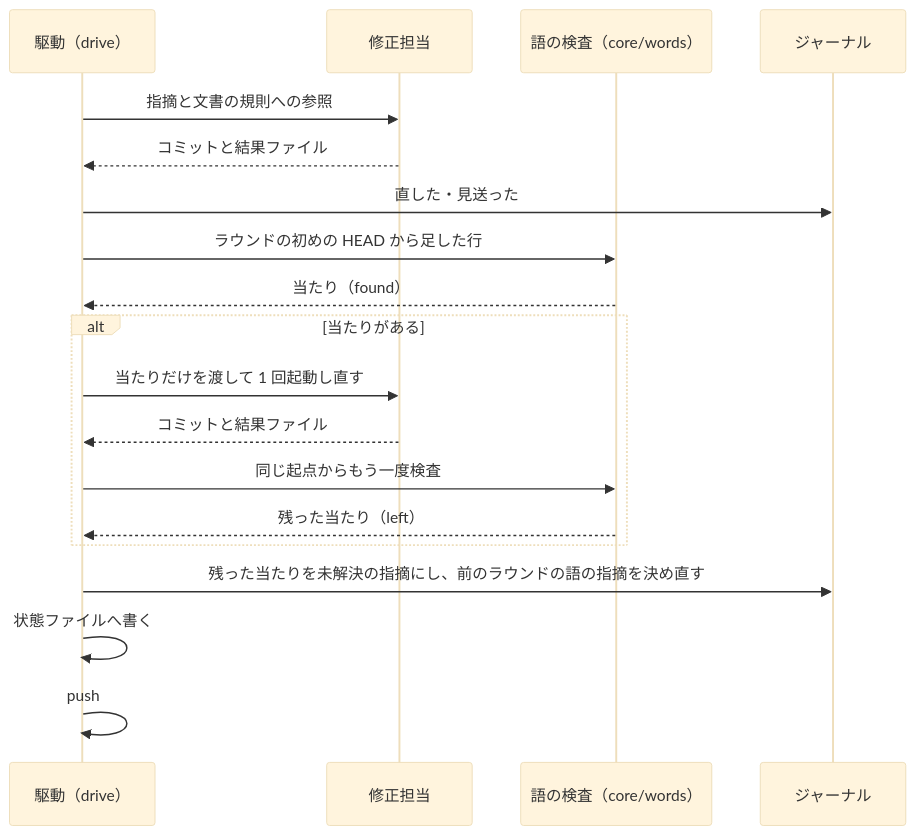
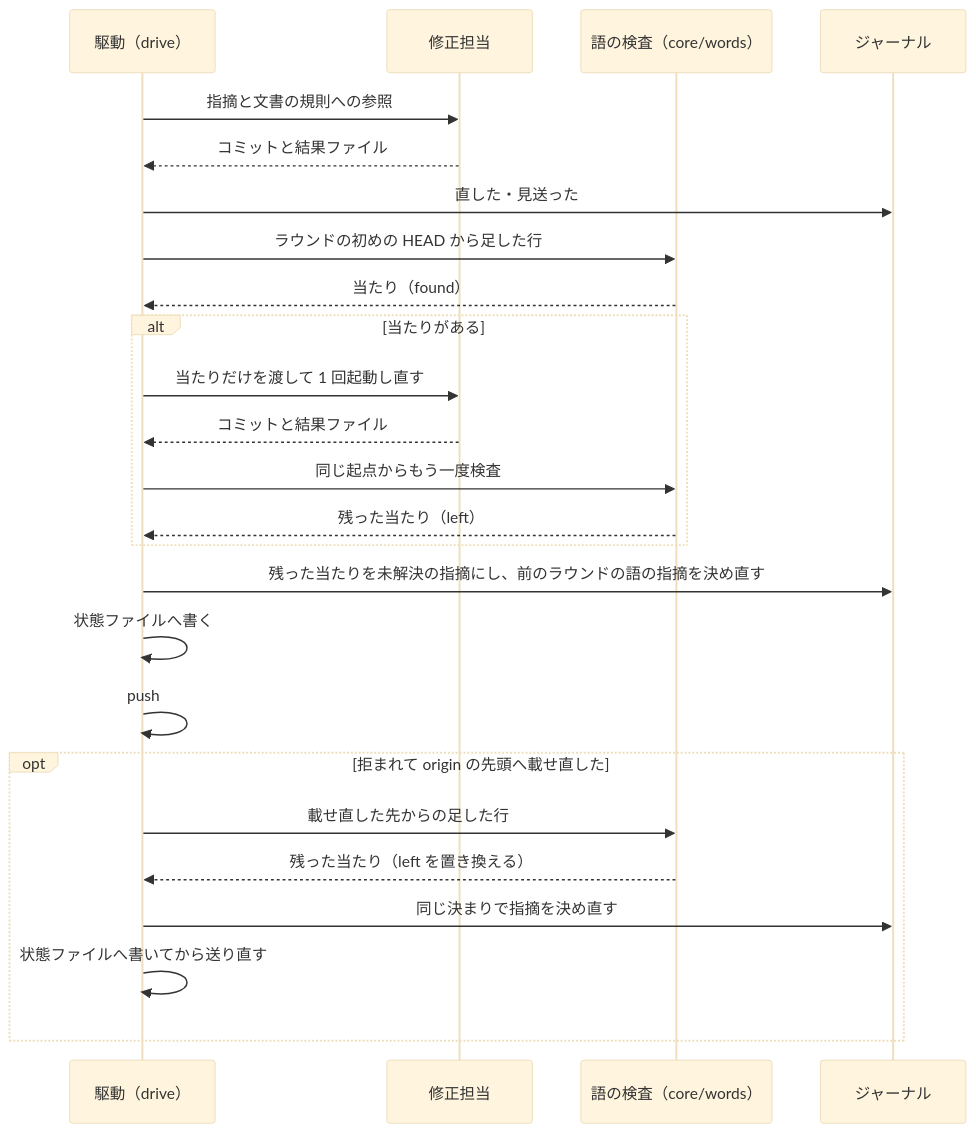
One commit to devbasex/ai-plugins changed the third of 4 diagrams in issues/issue-4285-design.md. Above: the diagram before and after it, drawn with Mermaid (base theme). The commit also changed other lines of this file and 1 other file, not shown here.

````diff
--- a/issues/issue-4285-design.md
+++ b/issues/issue-4285-design.md
@@ -180,21 +185,27 @@
 ```mermaid
 sequenceDiagram
   participant D as 駆動（drive）
   participant F as 修正担当
   participant W as 語の検査（core/words）
   participant J as ジャーナル
   D->>F: 指摘と文書の規則への参照
   F-->>D: コミットと結果ファイル
   D->>J: 直した・見送った
   D->>W: ラウンドの初めの HEAD から足した行
   W-->>D: 当たり（found）
   alt 当たりがある
     D->>F: 当たりだけを渡して 1 回起動し直す
     F-->>D: コミットと結果ファイル
     D->>W: 同じ起点からもう一度検査
     W-->>D: 残った当たり（left）
   end
   D->>J: 残った当たりを未解決の指摘にし、前のラウンドの語の指摘を決め直す
   D->>D: 状態ファイルへ書く
   D->>D: push
+  opt 拒まれて origin の先頭へ載せ直した
+    D->>W: 載せ直した先からの足した行
+    W-->>D: 残った当たり（left を置き換える）
+    D->>J: 同じ決まりで指摘を決め直す
+    D->>D: 状態ファイルへ書いてから送り直す
+  end
 ```
````
